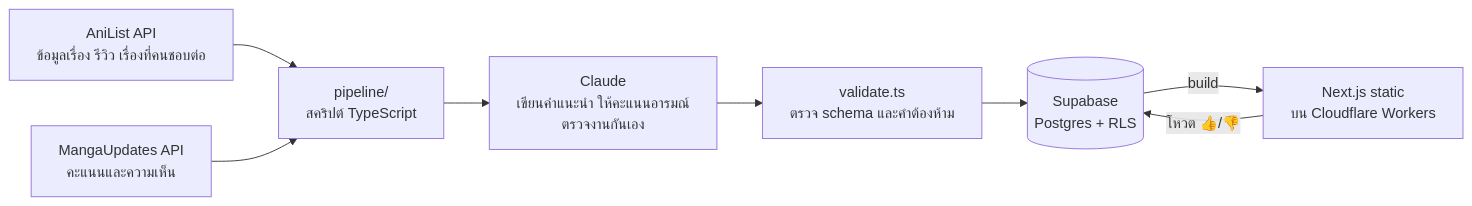
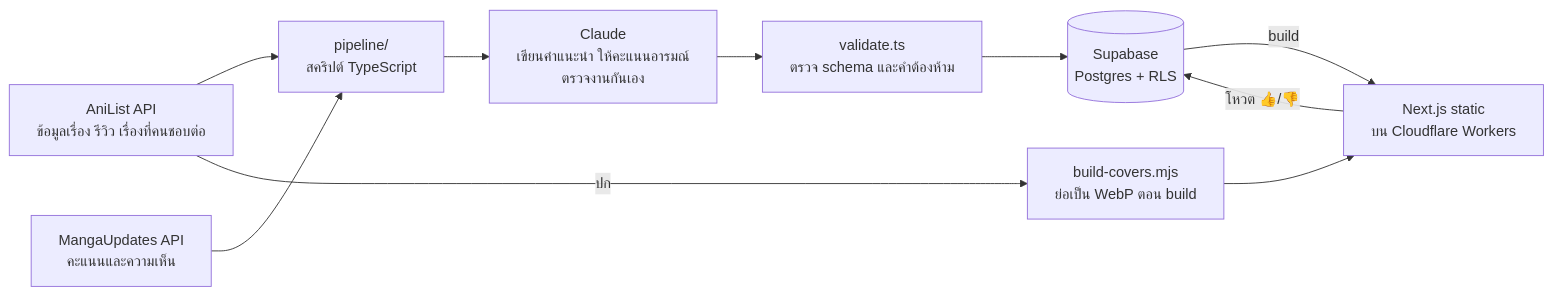
One commit to rockhome192/review-mm changed the diagram in README.md. Above: the diagram before and after it, drawn with Mermaid. The commit also changed other lines of this file, not shown here.

````diff
--- a/README.md
+++ b/README.md
@@ -26,10 +26,11 @@
 ```mermaid
 flowchart LR
   A[AniList API<br/>ข้อมูลเรื่อง รีวิว เรื่องที่คนชอบต่อ] --> P
   M[MangaUpdates API<br/>คะแนนและความเห็น] --> P
   P[pipeline/<br/>สคริปต์ TypeScript] --> C[Claude<br/>เขียนคำแนะนำ ให้คะแนนอารมณ์<br/>ตรวจงานกันเอง]
   C --> V[validate.ts<br/>ตรวจ schema และคำต้องห้าม]
   V --> S[(Supabase<br/>Postgres + RLS)]
   S -->|build| W[Next.js static<br/>บน Cloudflare Workers]
+  A -->|ปก| R[build-covers.mjs<br/>ย่อเป็น WebP ตอน build] --> W
   W -->|โหวต 👍/👎| S
 ```
````
